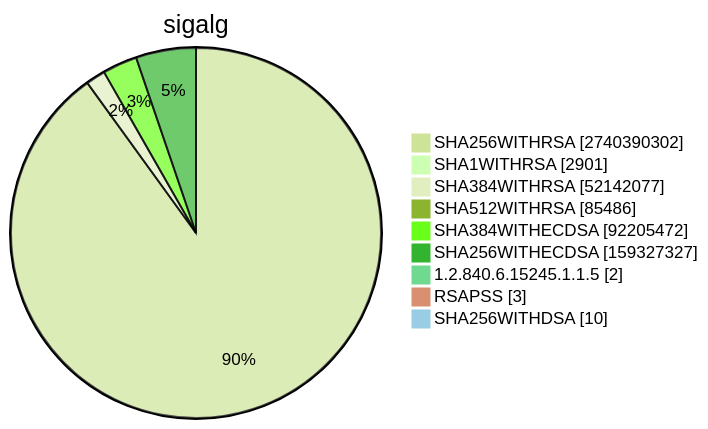
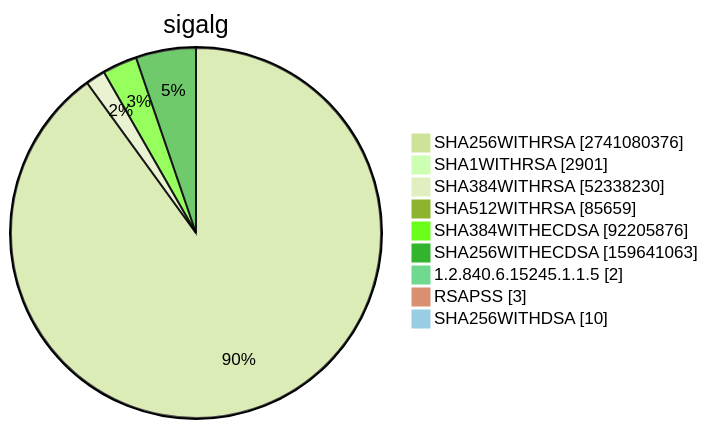
Before and after one commit to christiankrug/ctmonitor_visualization: diagram 15 of 15 in TOTAL/README.md, drawn with Mermaid (forest theme). The commit also changed other lines of this file, not shown here.

````diff
--- a/TOTAL/README.md
+++ b/TOTAL/README.md
@@ -6204,13 +6205,13 @@
 ```mermaid
 pie showData
 title sigalg
-"SHA256WITHRSA" :2740390302
+"SHA256WITHRSA" :2741080376
 "SHA1WITHRSA" :2901
-"SHA384WITHRSA" :52142077
-"SHA512WITHRSA" :85486
-"SHA384WITHECDSA" :92205472
-"SHA256WITHECDSA" :159327327
+"SHA384WITHRSA" :52338230
+"SHA512WITHRSA" :85659
+"SHA384WITHECDSA" :92205876
+"SHA256WITHECDSA" :159641063
 "1.2.840.6.15245.1.1.5" :2
 "RSAPSS" :3
 "SHA256WITHDSA" :10
 ```
````
